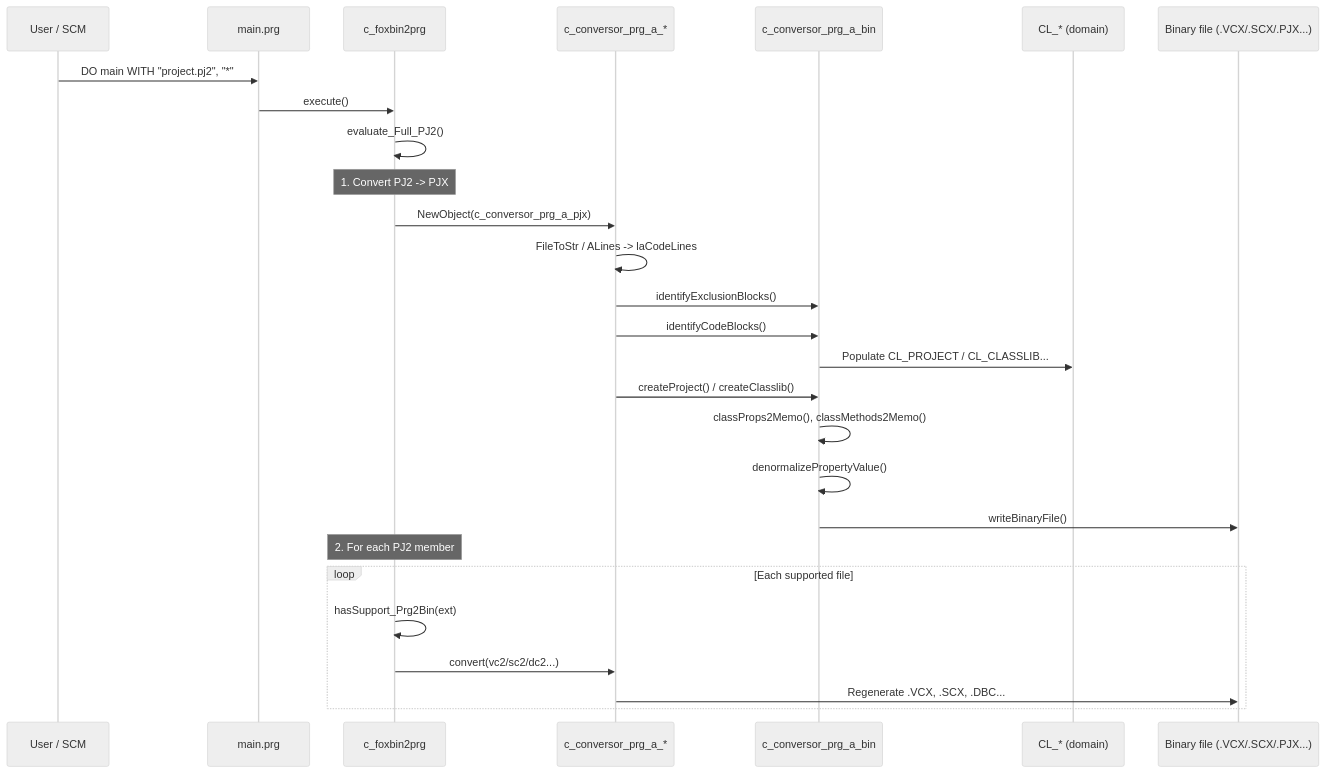
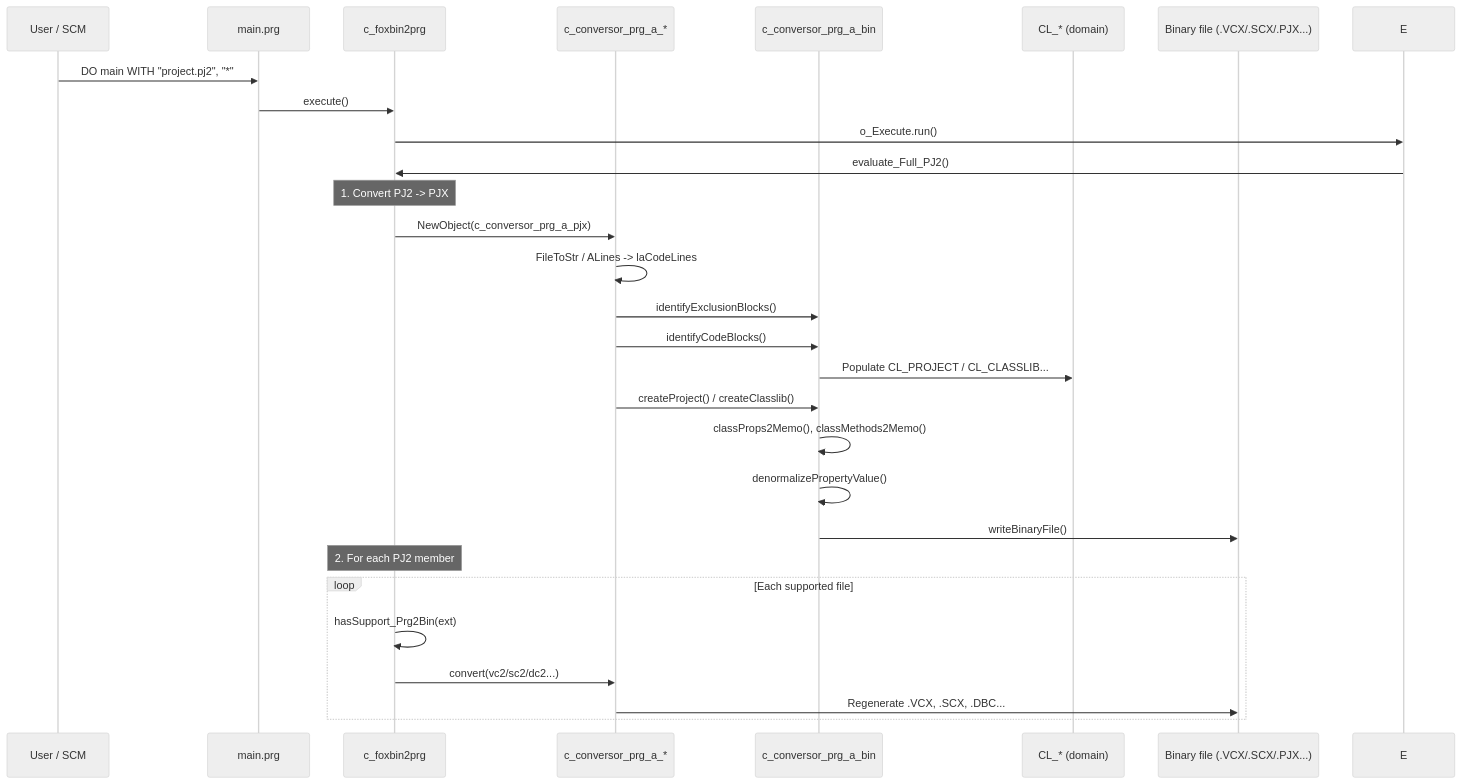
The seventh of 9 diagrams in docs/arquitetura.md (lkmatsumura/foxbin2prg), drawn with Mermaid (neutral theme) before and after one commit. The commit also changed other lines of this file and 8 other files, not shown here.

First line of the commit message:
feat: Refactor c_foxbin2prg for modular architecture and enhanced execution flow

````diff
--- a/docs/arquitetura.md
+++ b/docs/arquitetura.md
@@ -441,32 +508,33 @@
 ```mermaid
 sequenceDiagram
     participant U as User / SCM
     participant M as main.prg
     participant F as c_foxbin2prg
     participant C as c_conversor_prg_a_*
     participant B as c_conversor_prg_a_bin
     participant D as CL_* (domain)
     participant FS as Binary file (.VCX/.SCX/.PJX...)
 
     U->>M: DO main WITH "project.pj2", "*"
     M->>F: execute()
-    F->>F: evaluate_Full_PJ2()
+    F->>E: o_Execute.run()
+    E->>F: evaluate_Full_PJ2()
 
     Note over F: 1. Convert PJ2 -> PJX
     F->>C: NewObject(c_conversor_prg_a_pjx)
     C->>C: FileToStr / ALines -> laCodeLines
     C->>B: identifyExclusionBlocks()
     C->>B: identifyCodeBlocks()
     B->>D: Populate CL_PROJECT / CL_CLASSLIB...
     C->>B: createProject() / createClasslib()
     B->>B: classProps2Memo(), classMethods2Memo()
     B->>B: denormalizePropertyValue()
     B->>FS: writeBinaryFile()
 
     Note over F: 2. For each PJ2 member
     loop Each supported file
         F->>F: hasSupport_Prg2Bin(ext)
         F->>C: convert(vc2/sc2/dc2...)
         C->>FS: Regenerate .VCX, .SCX, .DBC...
     end
 ```
````
